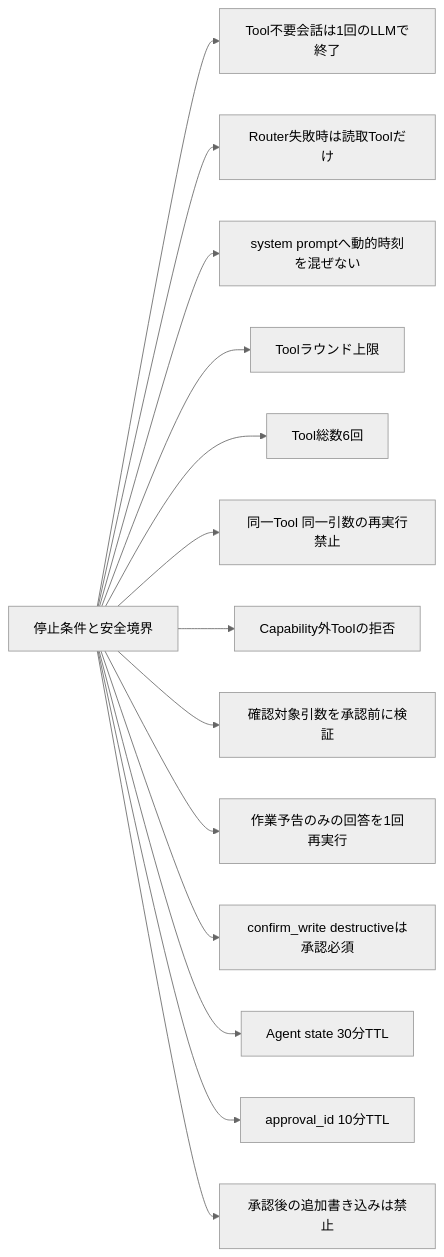
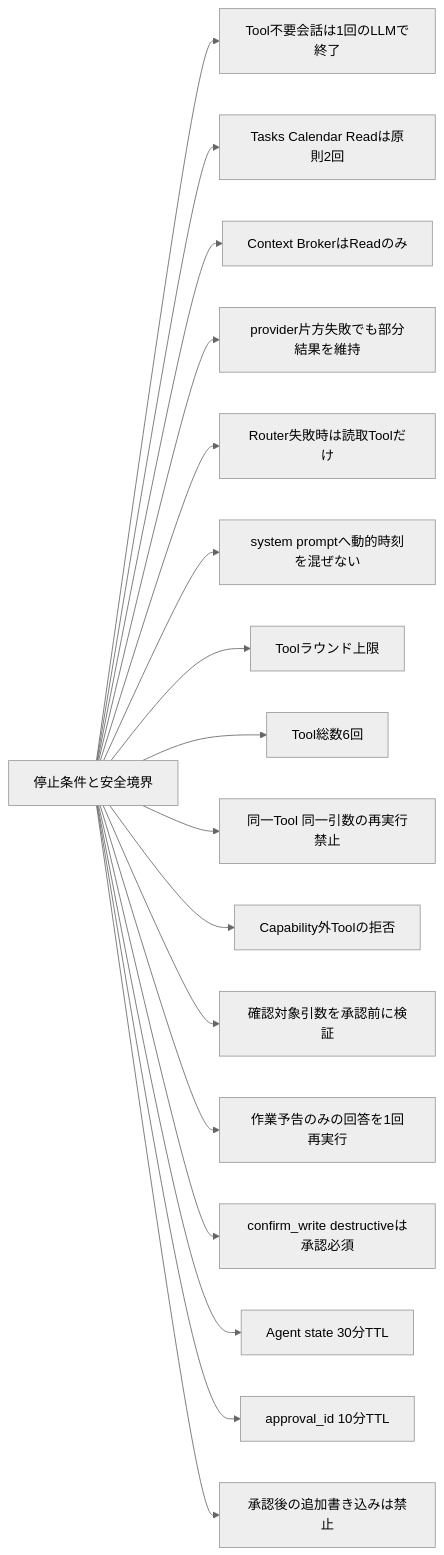
Diagram 14 of 14 in docs/runtime-flows.md (Soso2e/PETIT), drawn with Mermaid (neutral theme) before and after one commit. The commit also changed other lines of this file, not shown here.

````diff
--- a/docs/runtime-flows.md
+++ b/docs/runtime-flows.md
@@ -479,31 +504,37 @@
 ```mermaid
 flowchart LR
     limits[停止条件と安全境界]
     onePass[Tool不要会話は1回のLLMで終了]
+    twoPass[Tasks Calendar Readは原則2回]
+    brokerRead[Context BrokerはReadのみ]
+    partial[provider片方失敗でも部分結果を維持]
     safeFallback[Router失敗時は読取Toolだけ]
     staticPrefix[system promptへ動的時刻を混ぜない]
     round[Toolラウンド上限]
     calls[Tool総数6回]
     duplicate[同一Tool 同一引数の再実行禁止]
     allowed[Capability外Toolの拒否]
     args[確認対象引数を承認前に検証]
     defer[作業予告のみの回答を1回再実行]
     confirm[confirm_write destructiveは承認必須]
     resume[Agent state 30分TTL]
     approval[approval_id 10分TTL]
     writeOnce[承認後の追加書き込みは禁止]
 
     limits --> onePass
+    limits --> twoPass
+    limits --> brokerRead
+    limits --> partial
     limits --> safeFallback
     limits --> staticPrefix
     limits --> round
     limits --> calls
     limits --> duplicate
     limits --> allowed
     limits --> args
     limits --> defer
     limits --> confirm
     limits --> resume
     limits --> approval
     limits --> writeOnce
 ```
````
